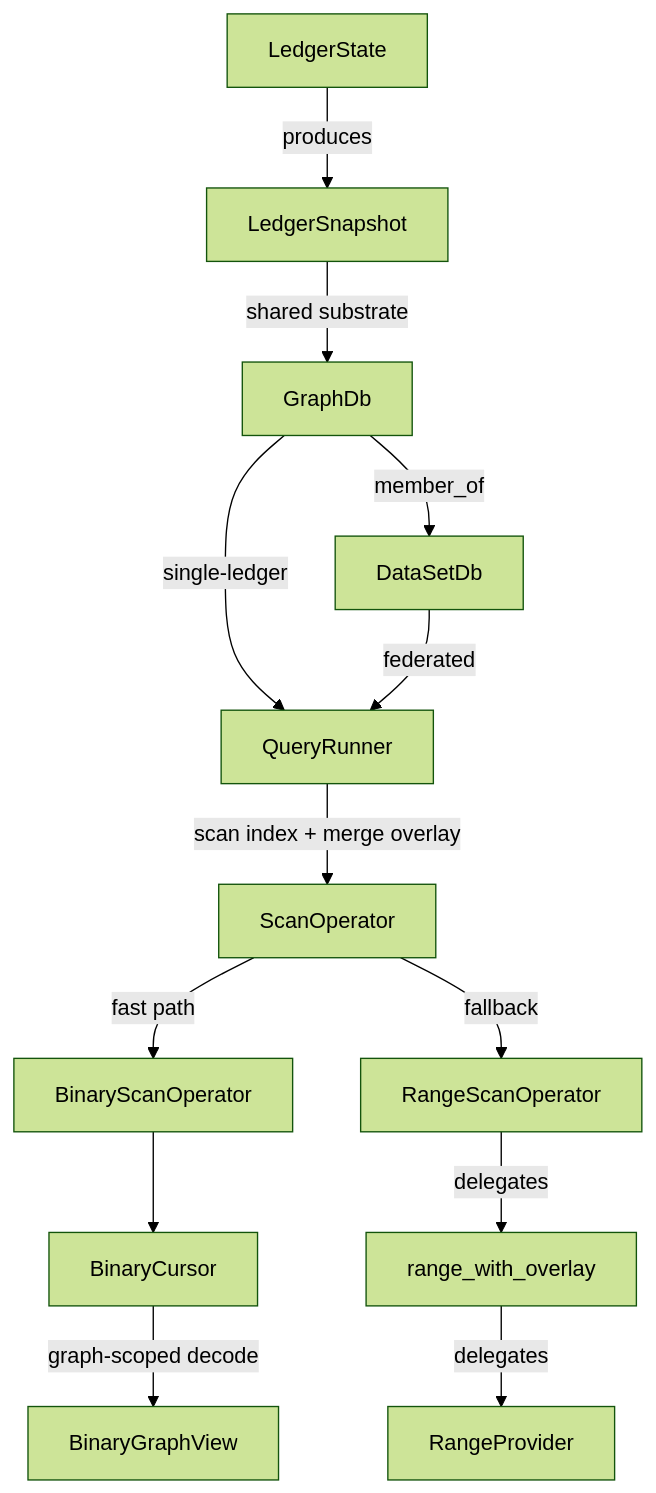
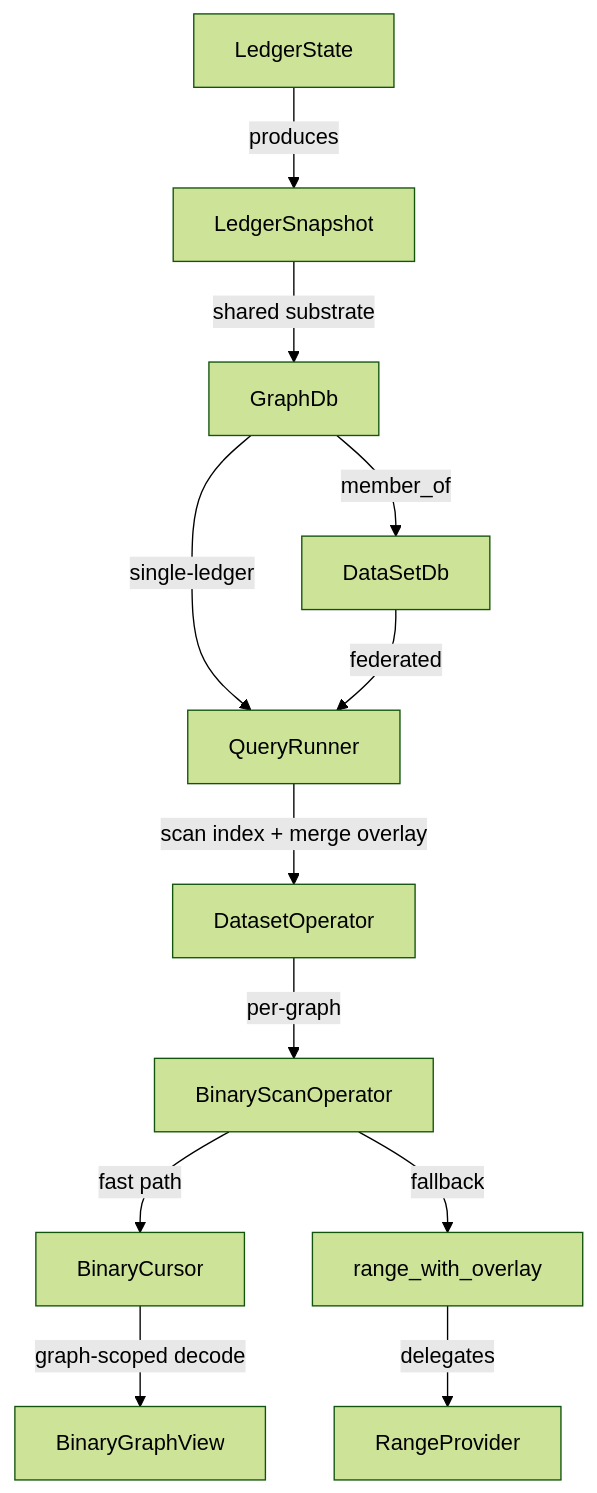
The diagram in docs/design/query-execution.md (fluree/db-r), drawn with Mermaid (forest theme) before and after one commit. The commit also changed other lines of this file and 1 other file, not shown here.

````diff
--- a/docs/design/query-execution.md
+++ b/docs/design/query-execution.md
@@ -14,15 +14,14 @@
 ```mermaid
 flowchart TD
   LedgerState -->|produces| LedgerSnapshot
   LedgerSnapshot -->|shared substrate| GraphDb
   GraphDb -->|single-ledger| QueryRunner
   GraphDb -->|member_of| DataSetDb
   DataSetDb -->|federated| QueryRunner
-  QueryRunner -->|scan index + merge overlay| ScanOperator
-  ScanOperator -->|fast path| BinaryScanOperator
-  ScanOperator -->|fallback| RangeScanOperator
-  BinaryScanOperator --> BinaryCursor
+  QueryRunner -->|scan index + merge overlay| DatasetOperator
+  DatasetOperator -->|per-graph| BinaryScanOperator
+  BinaryScanOperator -->|fast path| BinaryCursor
+  BinaryScanOperator -->|fallback| range_with_overlay
   BinaryCursor -->|graph-scoped decode| BinaryGraphView
-  RangeScanOperator -->|delegates| range_with_overlay
   range_with_overlay -->|delegates| RangeProvider
 ```
````
